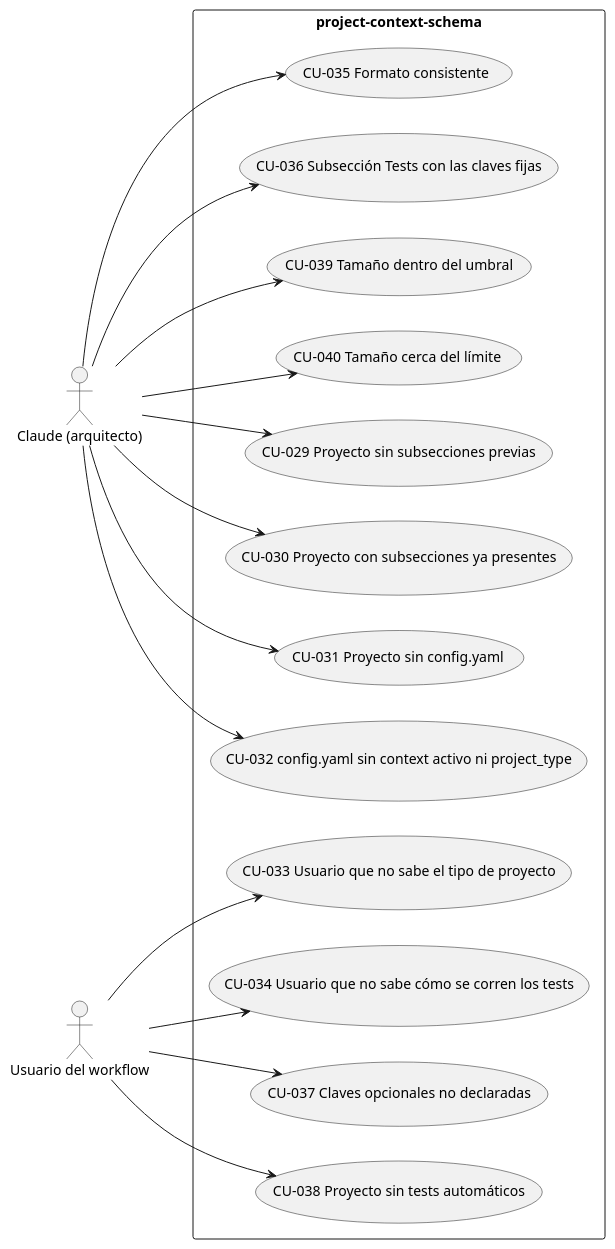
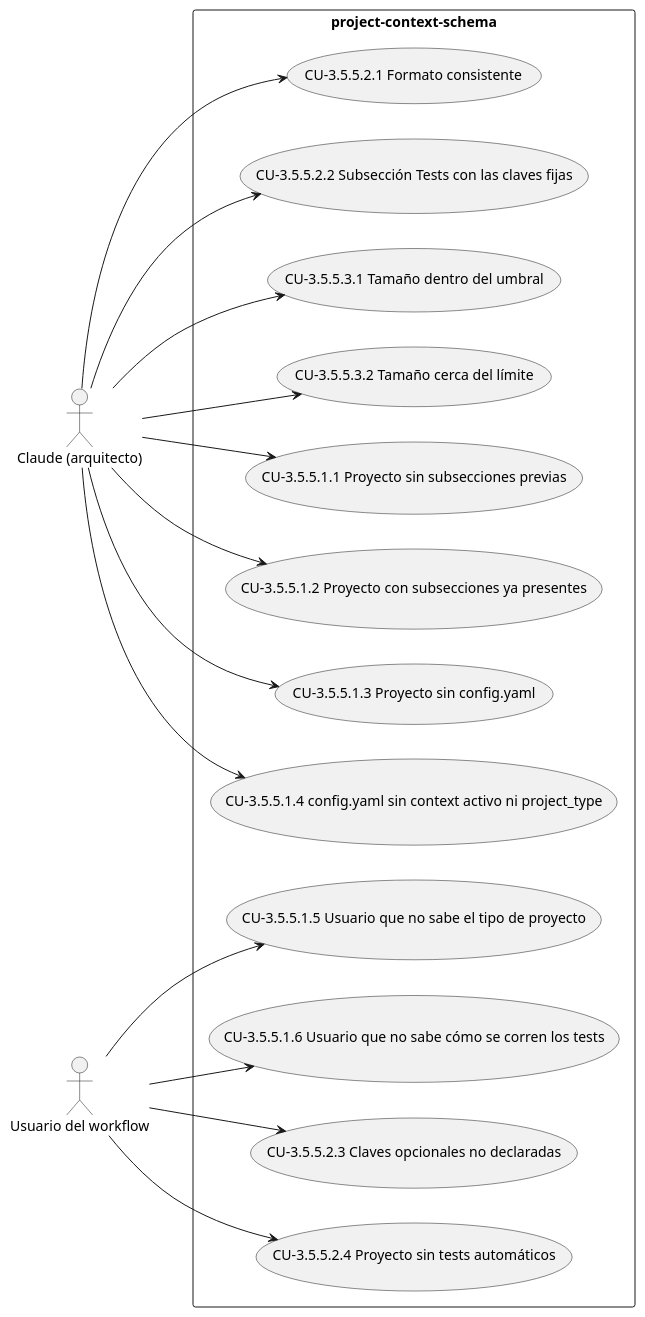
The fifth of 10 diagrams in docs/srs.md (Lautaro-Montecchiani/sdd-global-config), drawn with PlantUML before and after one commit. The commit also changed other lines of this file and 1 other file, not shown here.

First line of the commit message:
docs: regenerar SRS con spec-purpose

````diff
--- a/docs/srs.md
+++ b/docs/srs.md
@@ -462,33 +464,33 @@
 ```plantuml
 @startuml
 left to right direction
 actor "Claude (arquitecto)" as A1
 actor "Usuario del workflow" as A2
 rectangle "project-context-schema" {
-  usecase "CU-029 Proyecto sin subsecciones previas" as CU029
-  usecase "CU-030 Proyecto con subsecciones ya presentes" as CU030
-  usecase "CU-031 Proyecto sin config.yaml" as CU031
-  usecase "CU-032 config.yaml sin context activo ni project_type" as CU032
-  usecase "CU-033 Usuario que no sabe el tipo de proyecto" as CU033
-  usecase "CU-034 Usuario que no sabe cómo se corren los tests" as CU034
-  usecase "CU-035 Formato consistente" as CU035
-  usecase "CU-036 Subsección Tests con las claves fijas" as CU036
-  usecase "CU-037 Claves opcionales no declaradas" as CU037
-  usecase "CU-038 Proyecto sin tests automáticos" as CU038
-  usecase "CU-039 Tamaño dentro del umbral" as CU039
-  usecase "CU-040 Tamaño cerca del límite" as CU040
+  usecase "CU-3.5.5.1.1 Proyecto sin subsecciones previas" as UC_3_5_5_1_1
+  usecase "CU-3.5.5.1.2 Proyecto con subsecciones ya presentes" as UC_3_5_5_1_2
+  usecase "CU-3.5.5.1.3 Proyecto sin config.yaml" as UC_3_5_5_1_3
+  usecase "CU-3.5.5.1.4 config.yaml sin context activo ni project_type" as UC_3_5_5_1_4
+  usecase "CU-3.5.5.1.5 Usuario que no sabe el tipo de proyecto" as UC_3_5_5_1_5
+  usecase "CU-3.5.5.1.6 Usuario que no sabe cómo se corren los tests" as UC_3_5_5_1_6
+  usecase "CU-3.5.5.2.1 Formato consistente" as UC_3_5_5_2_1
+  usecase "CU-3.5.5.2.2 Subsección Tests con las claves fijas" as UC_3_5_5_2_2
+  usecase "CU-3.5.5.2.3 Claves opcionales no declaradas" as UC_3_5_5_2_3
+  usecase "CU-3.5.5.2.4 Proyecto sin tests automáticos" as UC_3_5_5_2_4
+  usecase "CU-3.5.5.3.1 Tamaño dentro del umbral" as UC_3_5_5_3_1
+  usecase "CU-3.5.5.3.2 Tamaño cerca del límite" as UC_3_5_5_3_2
 }
-A1 --> CU029
-A1 --> CU030
-A1 --> CU031
-A1 --> CU032
-A2 --> CU033
-A2 --> CU034
-A1 --> CU035
-A1 --> CU036
-A2 --> CU037
-A2 --> CU038
-A1 --> CU039
-A1 --> CU040
+A1 --> UC_3_5_5_1_1
+A1 --> UC_3_5_5_1_2
+A1 --> UC_3_5_5_1_3
+A1 --> UC_3_5_5_1_4
+A2 --> UC_3_5_5_1_5
+A2 --> UC_3_5_5_1_6
+A1 --> UC_3_5_5_2_1
+A1 --> UC_3_5_5_2_2
+A2 --> UC_3_5_5_2_3
+A2 --> UC_3_5_5_2_4
+A1 --> UC_3_5_5_3_1
+A1 --> UC_3_5_5_3_2
 @enduml
 ```
````
